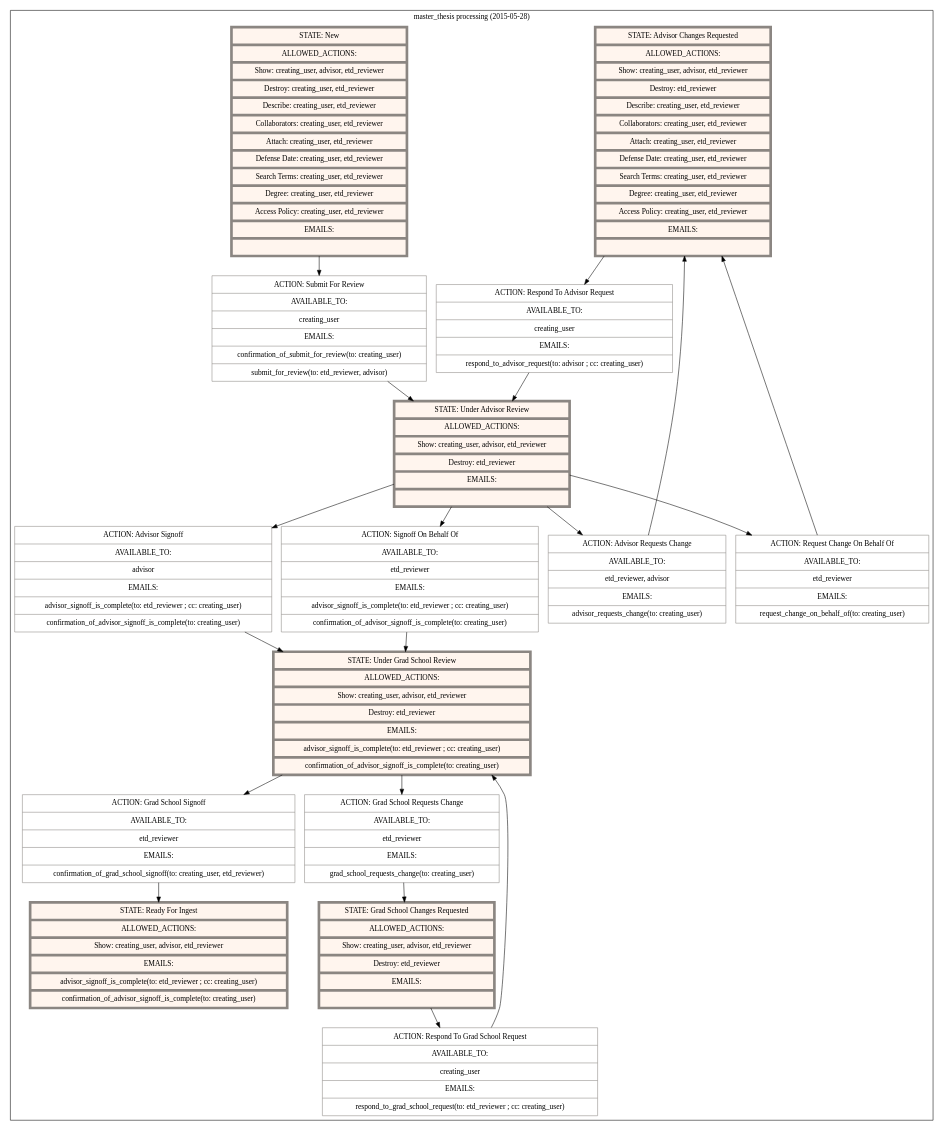
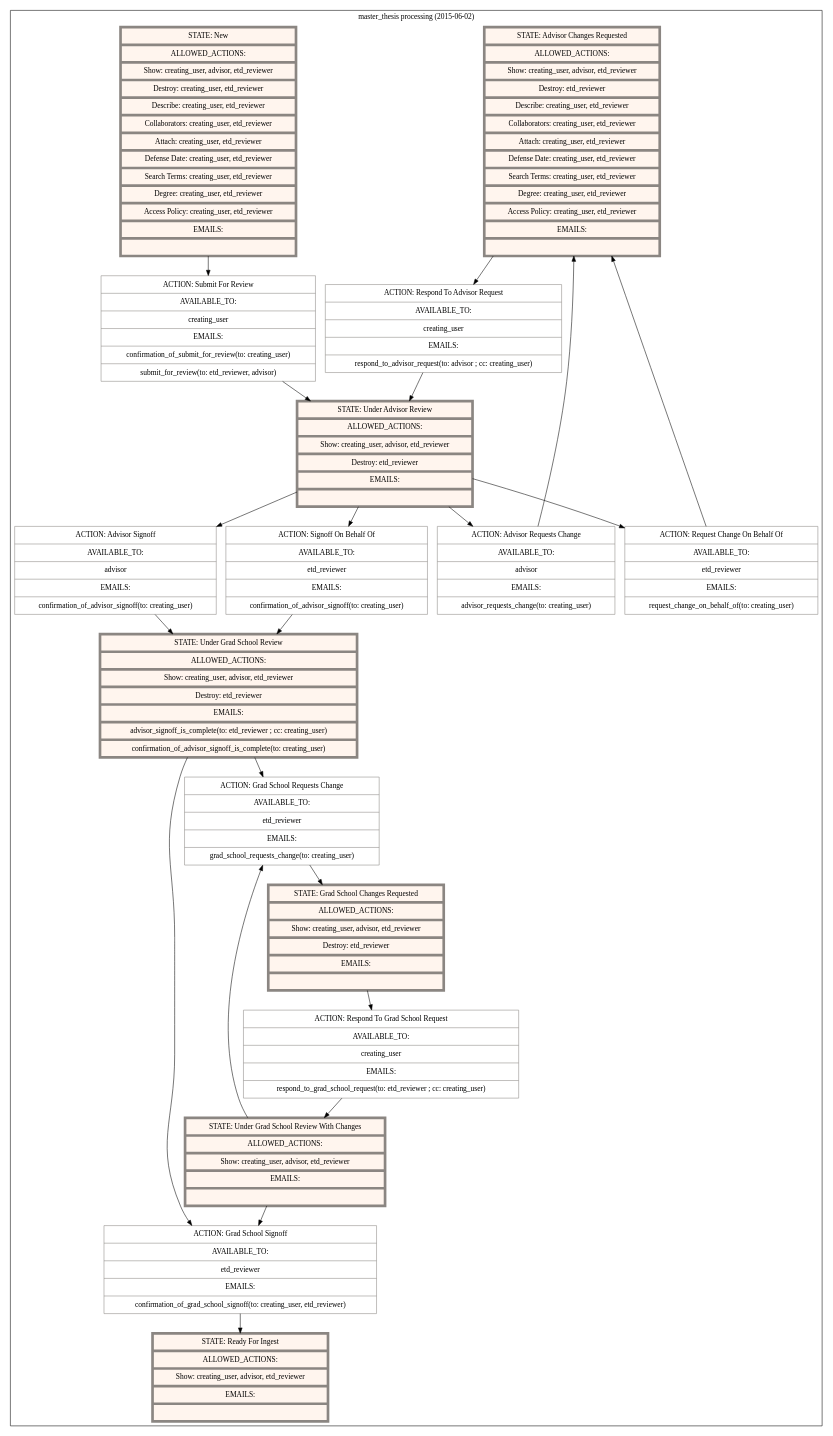
One commit to scholarworks/sipity changed the diagram in artifacts/state_machines/master-thesis-processing.dot. Above: the diagram before and after it, drawn with Graphviz. The commit also changed 5 other files, not shown here.

First line of the commit message:
Updating state diagrams

```diff
--- a/artifacts/state_machines/master-thesis-processing.dot
+++ b/artifacts/state_machines/master-thesis-processing.dot
@@ -1,49 +1,52 @@
 digraph "G" {
   compound=true;
   node[color="grey15" margin="0.15, 0.125"];
   subgraph cluster_0 {
-    label="master_thesis processing (2015-05-28)"
+    label="master_thesis processing (2015-06-02)"
     node[style=filled fillcolor=white color="seashell4"]
     subgraph 0 {
       label="States";
       node[shape="record" fillcolor="seashell1" penwidth=5]
       state_advisor_changes_requested [label="{ STATE: Advisor Changes Requested | ALLOWED_ACTIONS: | Show: creating_user, advisor, etd_reviewer | Destroy: etd_reviewer | Describe: creating_user, etd_reviewer | Collaborators: creating_user, etd_reviewer | Attach: creating_user, etd_reviewer | Defense Date: creating_user, etd_reviewer | Search Terms: creating_user, etd_reviewer | Degree: creating_user, etd_reviewer | Access Policy: creating_user, etd_reviewer | EMAILS: |  }"]
       state_grad_school_changes_requested [label="{ STATE: Grad School Changes Requested | ALLOWED_ACTIONS: | Show: creating_user, advisor, etd_reviewer | Destroy: etd_reviewer | EMAILS: |  }"]
       state_new [label="{ STATE: New | ALLOWED_ACTIONS: | Show: creating_user, advisor, etd_reviewer | Destroy: creating_user, etd_reviewer | Describe: creating_user, etd_reviewer | Collaborators: creating_user, etd_reviewer | Attach: creating_user, etd_reviewer | Defense Date: creating_user, etd_reviewer | Search Terms: creating_user, etd_reviewer | Degree: creating_user, etd_reviewer | Access Policy: creating_user, etd_reviewer | EMAILS: |  }"]
-      state_ready_for_ingest [label="{ STATE: Ready For Ingest | ALLOWED_ACTIONS: | Show: creating_user, advisor, etd_reviewer | EMAILS: | advisor_signoff_is_complete(to: etd_reviewer ; cc: creating_user) | confirmation_of_advisor_signoff_is_complete(to: creating_user) }"]
+      state_ready_for_ingest [label="{ STATE: Ready For Ingest | ALLOWED_ACTIONS: | Show: creating_user, advisor, etd_reviewer | EMAILS: |  }"]
       state_under_advisor_review [label="{ STATE: Under Advisor Review | ALLOWED_ACTIONS: | Show: creating_user, advisor, etd_reviewer | Destroy: etd_reviewer | EMAILS: |  }"]
       state_under_grad_school_review [label="{ STATE: Under Grad School Review | ALLOWED_ACTIONS: | Show: creating_user, advisor, etd_reviewer | Destroy: etd_reviewer | EMAILS: | advisor_signoff_is_complete(to: etd_reviewer ; cc: creating_user) | confirmation_of_advisor_signoff_is_complete(to: creating_user) }"]
+      state_under_grad_school_review_with_changes [label="{ STATE: Under Grad School Review With Changes | ALLOWED_ACTIONS: | Show: creating_user, advisor, etd_reviewer | EMAILS: |  }"]
     }
     subgraph 1 {
       label="Actions"
       node[shape="record" shape=record penwidth=1]
         action_submit_for_review [label="{ ACTION: Submit For Review | AVAILABLE_TO: | creating_user | EMAILS: | confirmation_of_submit_for_review(to: creating_user) | submit_for_review(to: etd_reviewer, advisor) }"]
-        action_advisor_signoff [label="{ ACTION: Advisor Signoff | AVAILABLE_TO: | advisor | EMAILS: | advisor_signoff_is_complete(to: etd_reviewer ; cc: creating_user) | confirmation_of_advisor_signoff_is_complete(to: creating_user) }"]
-        action_signoff_on_behalf_of [label="{ ACTION: Signoff On Behalf Of | AVAILABLE_TO: | etd_reviewer | EMAILS: | advisor_signoff_is_complete(to: etd_reviewer ; cc: creating_user) | confirmation_of_advisor_signoff_is_complete(to: creating_user) }"]
+        action_advisor_signoff [label="{ ACTION: Advisor Signoff | AVAILABLE_TO: | advisor | EMAILS: | confirmation_of_advisor_signoff(to: creating_user) }"]
+        action_signoff_on_behalf_of [label="{ ACTION: Signoff On Behalf Of | AVAILABLE_TO: | etd_reviewer | EMAILS: | confirmation_of_advisor_signoff(to: creating_user) }"]
         action_respond_to_advisor_request [label="{ ACTION: Respond To Advisor Request | AVAILABLE_TO: | creating_user | EMAILS: | respond_to_advisor_request(to: advisor ; cc: creating_user) }"]
         action_respond_to_grad_school_request [label="{ ACTION: Respond To Grad School Request | AVAILABLE_TO: | creating_user | EMAILS: | respond_to_grad_school_request(to: etd_reviewer ; cc: creating_user) }"]
         action_grad_school_signoff [label="{ ACTION: Grad School Signoff | AVAILABLE_TO: | etd_reviewer | EMAILS: | confirmation_of_grad_school_signoff(to: creating_user, etd_reviewer) }"]
-        action_advisor_requests_change [label="{ ACTION: Advisor Requests Change | AVAILABLE_TO: | etd_reviewer, advisor | EMAILS: | advisor_requests_change(to: creating_user) }"]
+        action_advisor_requests_change [label="{ ACTION: Advisor Requests Change | AVAILABLE_TO: | advisor | EMAILS: | advisor_requests_change(to: creating_user) }"]
         action_grad_school_requests_change [label="{ ACTION: Grad School Requests Change | AVAILABLE_TO: | etd_reviewer | EMAILS: | grad_school_requests_change(to: creating_user) }"]
         action_request_change_on_behalf_of [label="{ ACTION: Request Change On Behalf Of | AVAILABLE_TO: | etd_reviewer | EMAILS: | request_change_on_behalf_of(to: creating_user) }"]
     }
       state_advisor_changes_requested -> action_respond_to_advisor_request
       action_respond_to_advisor_request -> state_under_advisor_review
       state_grad_school_changes_requested -> action_respond_to_grad_school_request
-      action_respond_to_grad_school_request -> state_under_grad_school_review
+      action_respond_to_grad_school_request -> state_under_grad_school_review_with_changes
       state_new -> action_submit_for_review
       action_submit_for_review -> state_under_advisor_review
       state_under_advisor_review -> action_advisor_signoff
       action_advisor_signoff -> state_under_grad_school_review
       state_under_advisor_review -> action_signoff_on_behalf_of
       action_signoff_on_behalf_of -> state_under_grad_school_review
       state_under_advisor_review -> action_advisor_requests_change
       action_advisor_requests_change -> state_advisor_changes_requested
       state_under_advisor_review -> action_request_change_on_behalf_of
       action_request_change_on_behalf_of -> state_advisor_changes_requested
       state_under_grad_school_review -> action_grad_school_requests_change
       action_grad_school_requests_change -> state_grad_school_changes_requested
       state_under_grad_school_review -> action_grad_school_signoff
       action_grad_school_signoff -> state_ready_for_ingest
+      state_under_grad_school_review_with_changes -> action_grad_school_requests_change
+      state_under_grad_school_review_with_changes -> action_grad_school_signoff
   }
 }
```
